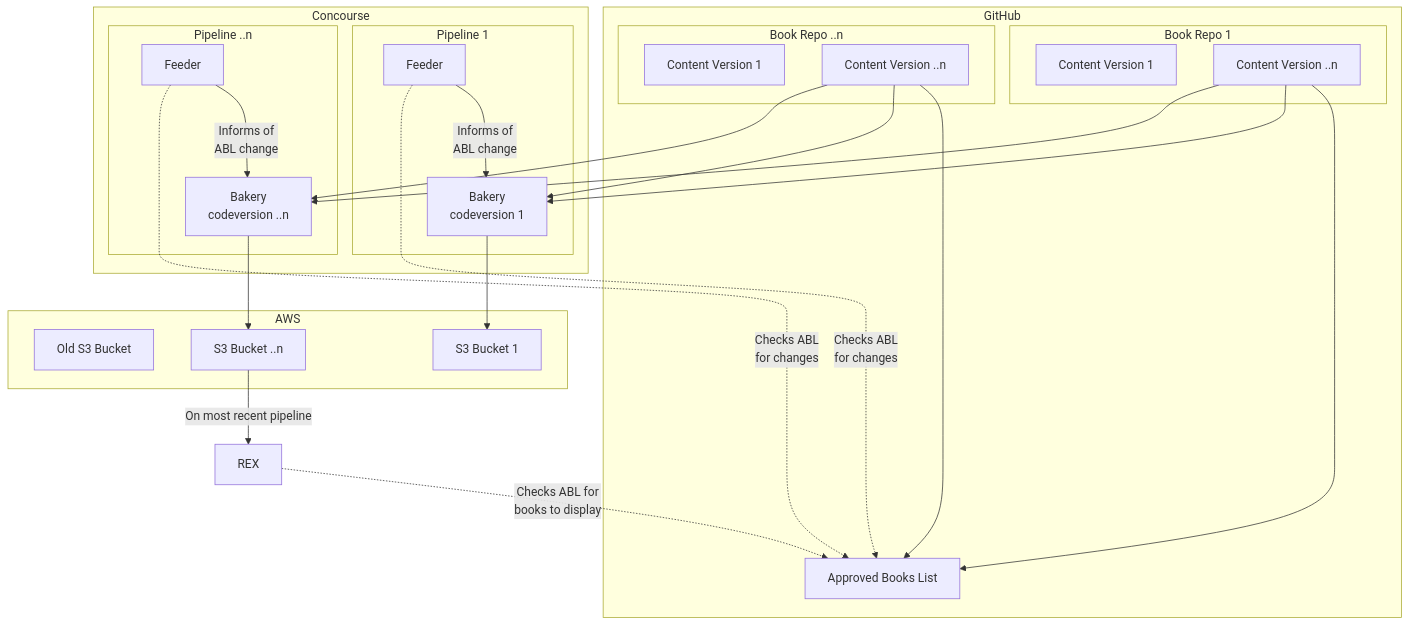
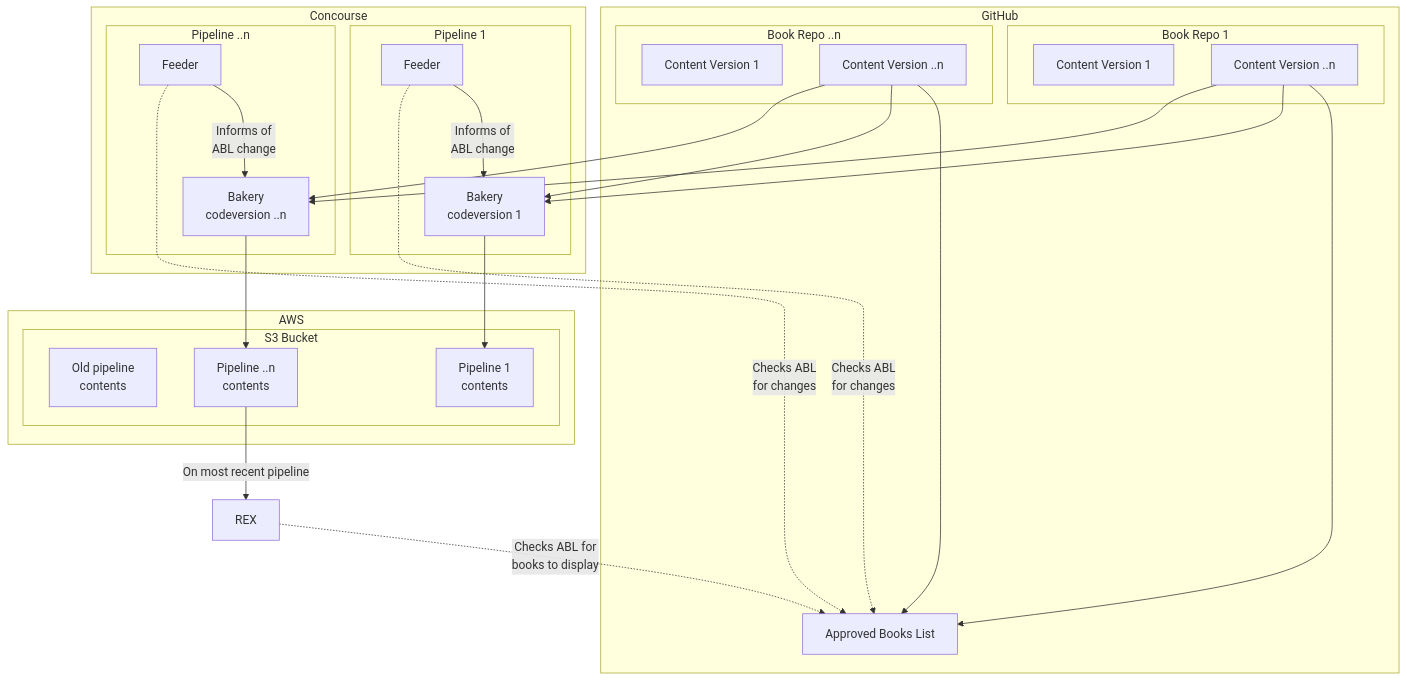
Before and after one commit to ne-newton/charts: the diagram in webhosting.md, drawn with Mermaid.

````diff
--- a/webhosting.md
+++ b/webhosting.md
@@ -1,39 +1,41 @@
 ```mermaid
   flowchart TD
     subgraph GitHub
       subgraph Book Repo 1
         A1[Content Version 1]
         A2[Content Version ..n]
       end
       subgraph Book Repo ..n
         A3[Content Version 1]
         A4[Content Version ..n]
       end
       A5[Approved Books List]
     end
     subgraph Concourse
       subgraph Pipeline 1
         B1[Feeder] -->|Informs of\n ABL change| B2[Bakery\n codeversion 1]
       end
       subgraph Pipeline ..n
         B3[Feeder] -->|Informs of\n ABL change| B4[Bakery\n codeversion ..n]
       end
     end
     subgraph AWS
-      C1[Old S3 Bucket]
-      C2[S3 Bucket 1]
-      C3[S3 Bucket ..n]
+      subgraph S3 Bucket
+        C1[Old pipeline\n contents]
+        C2[Pipeline 1\n contents]
+        C3[Pipeline ..n\n contents]
+      end
     end
     A2 --> A5
     A4 --> A5
     A2 --> B2
     A2 --> B4
     A4 --> B2
     A4 --> B4
     B2 --> C2
     B4 --> C3
     B1 -.->|Checks ABL\n for changes| A5
     B3 -.->|Checks ABL\n for changes| A5
     C3 -->|On most recent pipeline| D1[REX]
     D1 -.->|Checks ABL for\n books to display| A5
 ```
````
